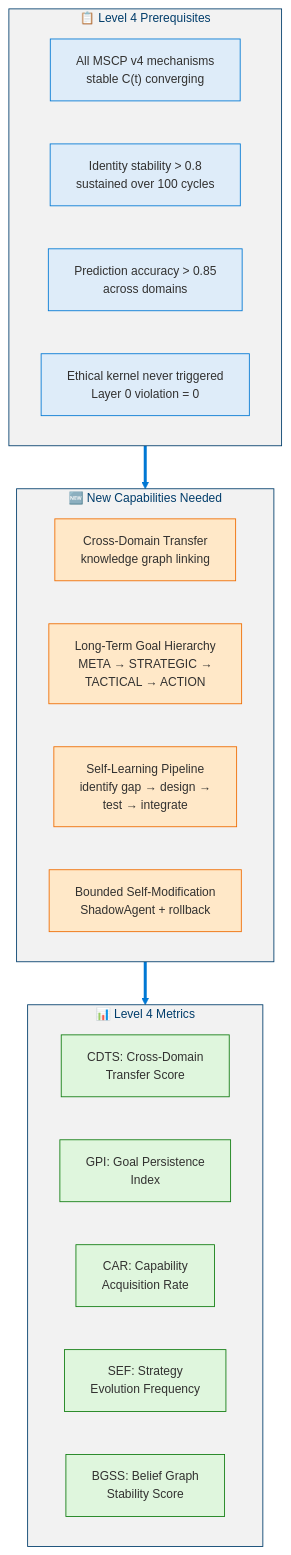
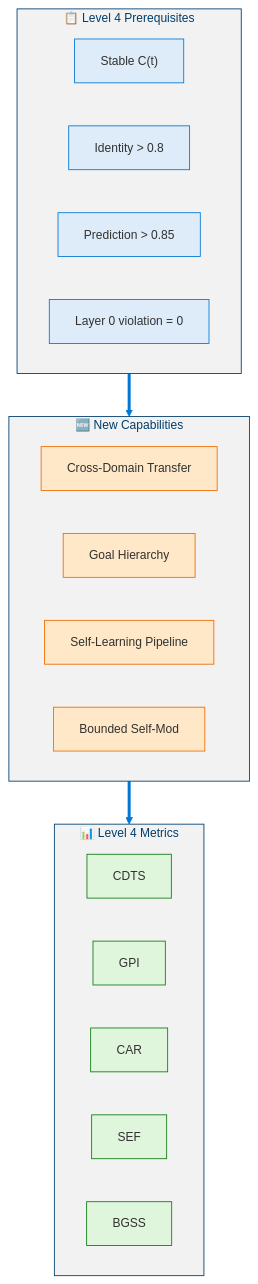
One commit to dotnetpower/mscp changed diagram 19 of 19 in docs/levels/Level_3_Self_Regulating_Agent.md. Above: the diagram before and after it, drawn with Mermaid. The commit also changed other lines of this file and 10 other files, not shown here.

````diff
--- a/docs/levels/Level_3_Self_Regulating_Agent.md
+++ b/docs/levels/Level_3_Self_Regulating_Agent.md
@@ -1244,32 +1275,35 @@
 ```mermaid
 %%{init: {'theme': 'base', 'themeVariables': {'primaryColor': '#0078D4', 'primaryTextColor': '#003D6B', 'primaryBorderColor': '#003D6B', 'secondaryColor': '#50E6FF', 'secondaryTextColor': '#323130', 'secondaryBorderColor': '#00BCF2', 'tertiaryColor': '#F2F2F2', 'tertiaryTextColor': '#323130', 'lineColor': '#0078D4', 'textColor': '#323130', 'mainBkg': '#DEECF9', 'nodeBorder': '#0078D4', 'clusterBkg': '#F2F2F2', 'clusterBorder': '#003D6B', 'titleColor': '#003D6B', 'edgeLabelBackground': '#FFFFFF', 'fontSize': '14px'}}}%%
 flowchart TD
   classDef prereq fill:#DEECF9,stroke:#0078D4,color:#323130
   classDef newcap fill:#FFE8C8,stroke:#EF6C00,color:#323130
   classDef metric fill:#DFF6DD,stroke:#107C10,color:#323130
 
   subgraph Prereqs["📋 Level 4 Prerequisites"]
-    P1["All MSCP v4 mechanisms<br/>stable C(t) converging"]:::prereq
-    P2["Identity stability > 0.8<br/>sustained over 100 cycles"]:::prereq
-    P3["Prediction accuracy > 0.85<br/>across domains"]:::prereq
-    P4["Ethical kernel never triggered<br/>Layer 0 violation = 0"]:::prereq
+    direction LR
+    P1["Stable C(t)"]:::prereq
+    P2["Identity > 0.8"]:::prereq
+    P3["Prediction > 0.85"]:::prereq
+    P4["Layer 0 violation = 0"]:::prereq
   end
 
-  subgraph NewCaps["🆕 New Capabilities Needed"]
-    N1["Cross-Domain Transfer<br/>knowledge graph linking"]:::newcap
-    N2["Long-Term Goal Hierarchy<br/>META → STRATEGIC →<br/>TACTICAL → ACTION"]:::newcap
-    N3["Self-Learning Pipeline<br/>identify gap → design →<br/>test → integrate"]:::newcap
-    N4["Bounded Self-Modification<br/>ShadowAgent + rollback"]:::newcap
+  subgraph NewCaps["🆕 New Capabilities"]
+    direction LR
+    N1["Cross-Domain Transfer"]:::newcap
+    N2["Goal Hierarchy"]:::newcap
+    N3["Self-Learning Pipeline"]:::newcap
+    N4["Bounded Self-Mod"]:::newcap
   end
 
   subgraph Metrics["📊 Level 4 Metrics"]
-    M1["CDTS: Cross-Domain<br/>Transfer Score"]:::metric
-    M2["GPI: Goal Persistence<br/>Index"]:::metric
-    M3["CAR: Capability<br/>Acquisition Rate"]:::metric
-    M4["SEF: Strategy<br/>Evolution Frequency"]:::metric
-    M5["BGSS: Belief Graph<br/>Stability Score"]:::metric
+    direction LR
+    M1["CDTS"]:::metric
+    M2["GPI"]:::metric
+    M3["CAR"]:::metric
+    M4["SEF"]:::metric
+    M5["BGSS"]:::metric
   end
 
   Prereqs ==> NewCaps
   NewCaps ==> Metrics
 ```
````
